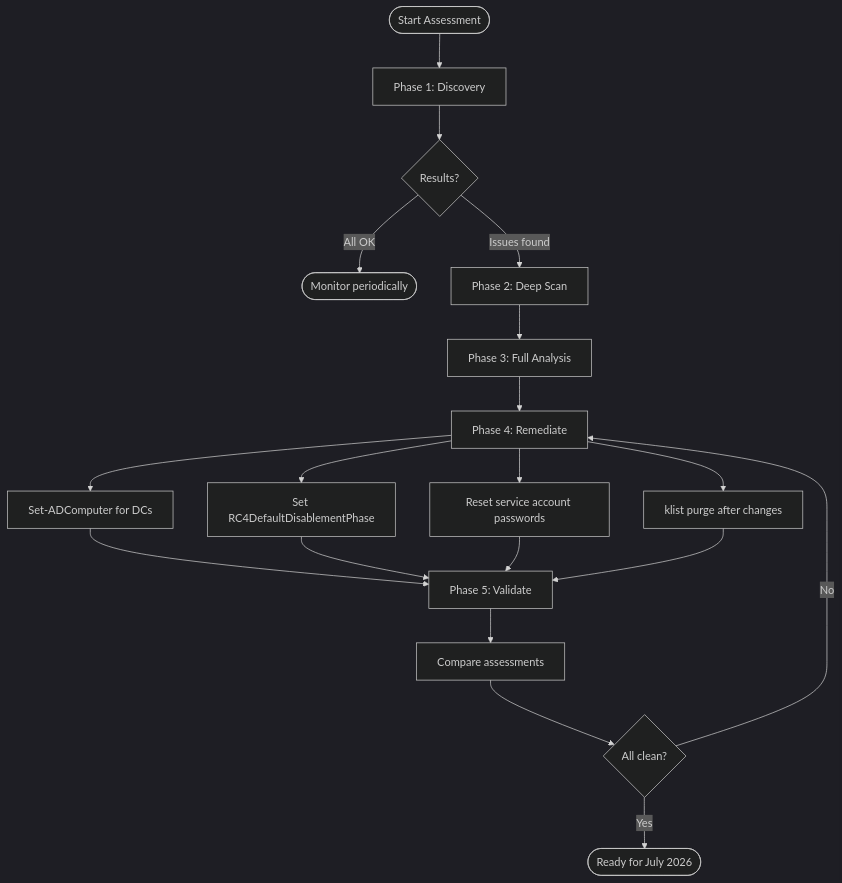
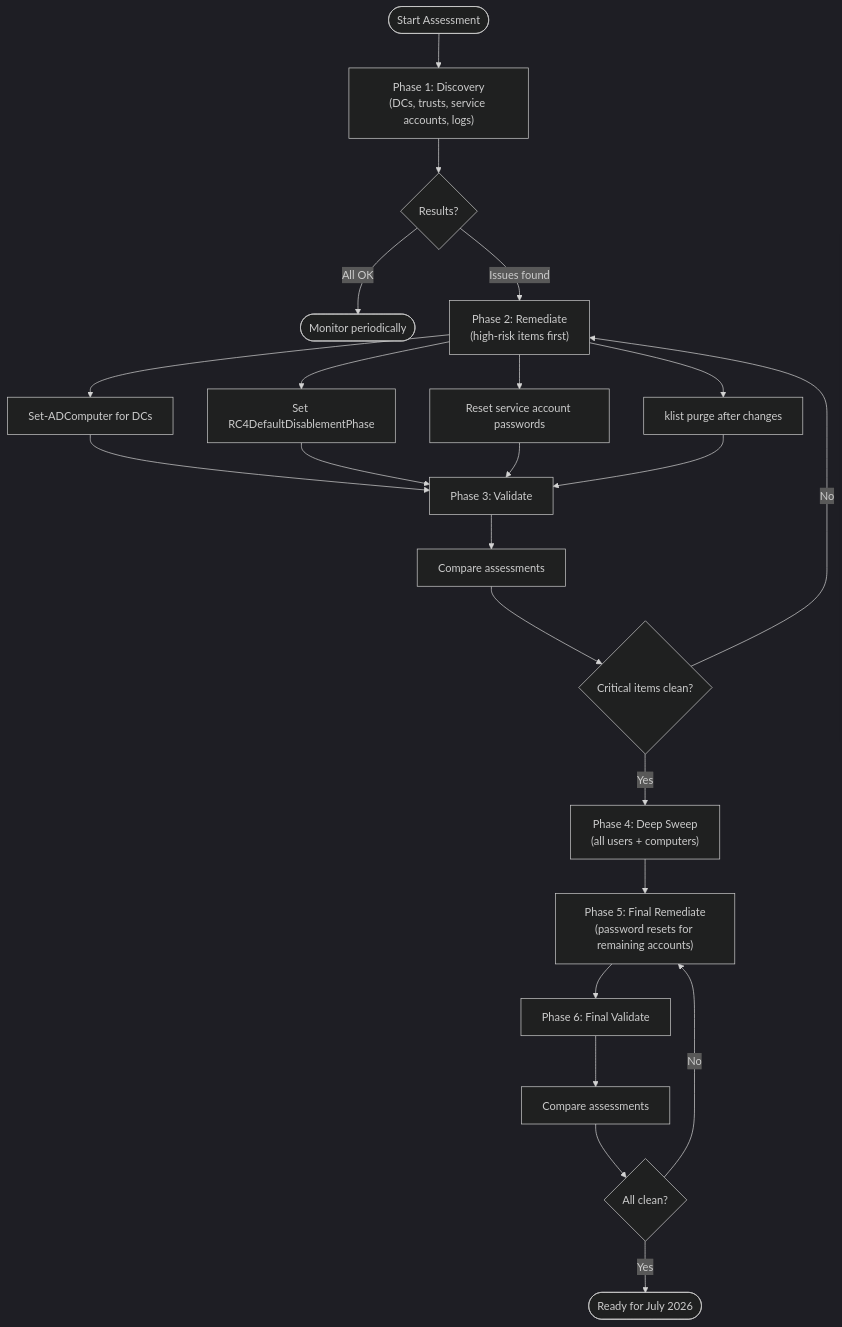
One commit to BetaHydri/RC4-ADAssessment changed the diagram in README.md. Above: the diagram before and after it, drawn with Mermaid (dark theme). The commit also changed other lines of this file and 1 other file, not shown here.

Commit message:
docs: revise workflow — discovery + remediation before deep scan
Reorder the recommended workflow to focus on high-risk items first
(DCs, trusts, service accounts, event logs) before running DeepScan
on bulk user/computer accounts. DeepScan now serves as a validation
sweep after critical remediation is done.

Updated both README.md flowchart and QUICK_START.md migration path
from 5 phases to 6 phases."

````diff
--- a/README.md
+++ b/README.md
@@ -228,32 +228,39 @@
 ```mermaid
 flowchart TD
     Start(["Start Assessment"])
     Start --> P1
 
-    P1["Phase 1: Discovery"]
+    P1["Phase 1: Discovery\n(DCs, trusts, service accounts, logs)"]
     P1 --> Decision{"Results?"}
 
     Decision -- "All OK" --> Monitor(["Monitor periodically"])
     Decision -- "Issues found" --> P2
 
-    P2["Phase 2: Deep Scan"]
-    P2 --> P3
+    P2["Phase 2: Remediate\n(high-risk items first)"]
+    P2 --> P2a["Set-ADComputer for DCs"]
+    P2 --> P2b["Set RC4DefaultDisablementPhase"]
+    P2 --> P2c["Reset service account passwords"]
+    P2 --> P2d["klist purge after changes"]
 
-    P3["Phase 3: Full Analysis"]
-    P3 --> P4
+    P2a & P2b & P2c & P2d --> P3
 
-    P4["Phase 4: Remediate"]
-    P4 --> P4a["Set-ADComputer for DCs"]
-    P4 --> P4b["Set RC4DefaultDisablementPhase"]
-    P4 --> P4c["Reset service account passwords"]
-    P4 --> P4d["klist purge after changes"]
+    P3["Phase 3: Validate"]
+    P3 --> Compare1["Compare assessments"]
+    Compare1 --> Check1{"Critical items clean?"}
 
-    P4a & P4b & P4c & P4d --> P5
+    Check1 -- "No" --> P2
+    Check1 -- "Yes" --> P4
 
-    P5["Phase 5: Validate"]
-    P5 --> Compare["Compare assessments"]
-    Compare --> Check{"All clean?"}
+    P4["Phase 4: Deep Sweep\n(all users + computers)"]
+    P4 --> P5
 
-    Check -- "No" --> P4
-    Check -- "Yes" --> Done(["Ready for July 2026"])
+    P5["Phase 5: Final Remediate\n(password resets for remaining accounts)"]
+    P5 --> P6
+
+    P6["Phase 6: Final Validate"]
+    P6 --> Compare2["Compare assessments"]
+    Compare2 --> Check2{"All clean?"}
+
+    Check2 -- "No" --> P5
+    Check2 -- "Yes" --> Done(["Ready for July 2026"])
 ```
````
